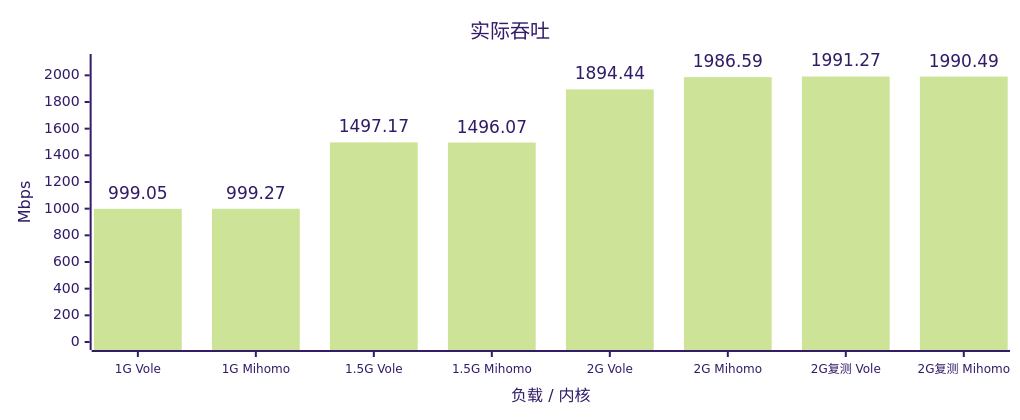
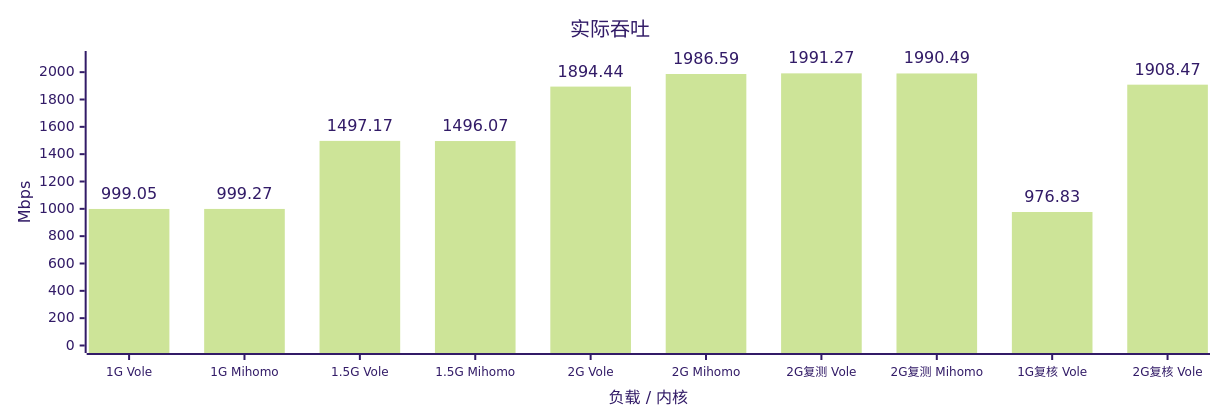
The first of 8 diagrams in docs/benchmark.md (YuanDevTeam/Vole), drawn with Mermaid (forest theme) before and after one commit. The commit also changed other lines of this file and 2 other files, not shown here.

````diff
--- a/docs/benchmark.md
+++ b/docs/benchmark.md
@@ -9,17 +15,17 @@
 ```mermaid
 ---
 config:
   xyChart:
-    width: 1000
+    width: 1200
     height: 400
     showDataLabel: true
     showDataLabelOutsideBar: true
     xAxis:
       labelFontSize: 12
 ---
 xychart
     title "实际吞吐"
-    x-axis "负载 / 内核" ["1G Vole", "1G Mihomo", "1.5G Vole", "1.5G Mihomo", "2G Vole", "2G Mihomo", "2G复测 Vole", "2G复测 Mihomo"]
+    x-axis "负载 / 内核" ["1G Vole", "1G Mihomo", "1.5G Vole", "1.5G Mihomo", "2G Vole", "2G Mihomo", "2G复测 Vole", "2G复测 Mihomo", "1G复核 Vole", "2G复核 Vole"]
     y-axis "Mbps" 0 --> 2100
-    bar [999.05, 999.27, 1497.17, 1496.07, 1894.44, 1986.59, 1991.27, 1990.49]
+    bar [999.05, 999.27, 1497.17, 1496.07, 1894.44, 1986.59, 1991.27, 1990.49, 976.83, 1908.47]
 ```
````
